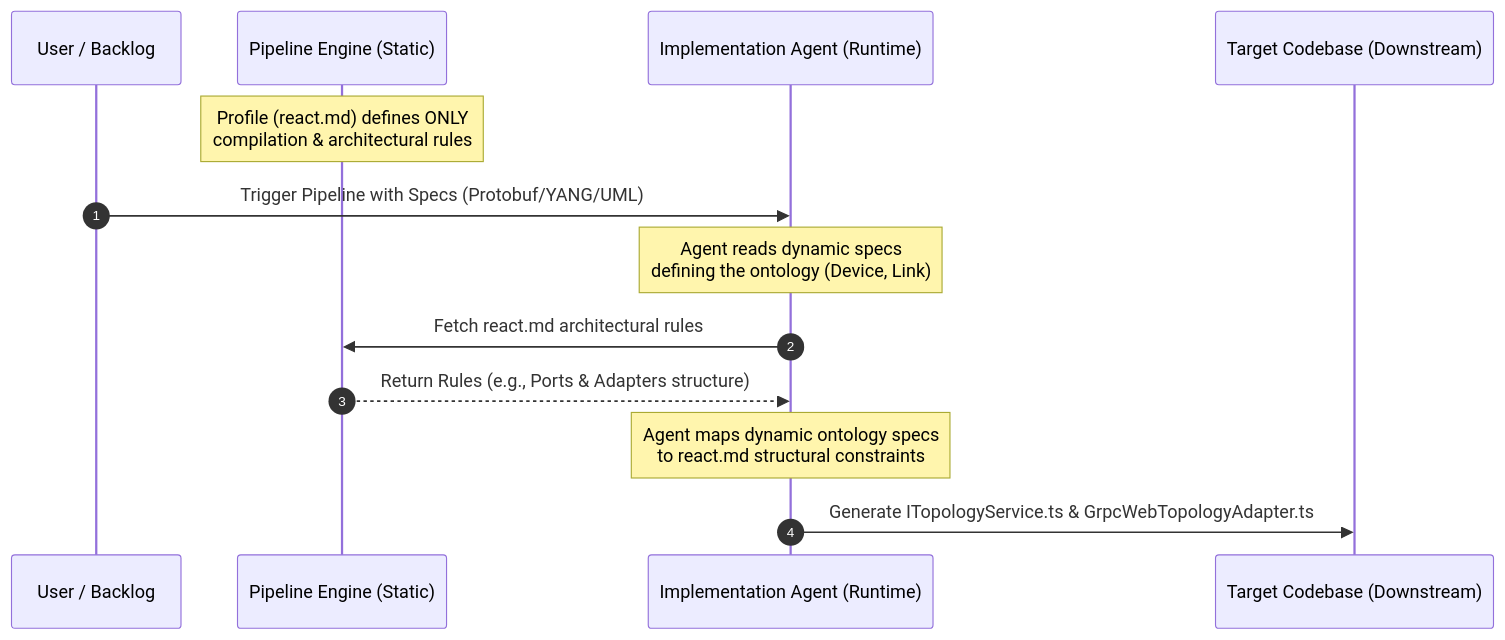
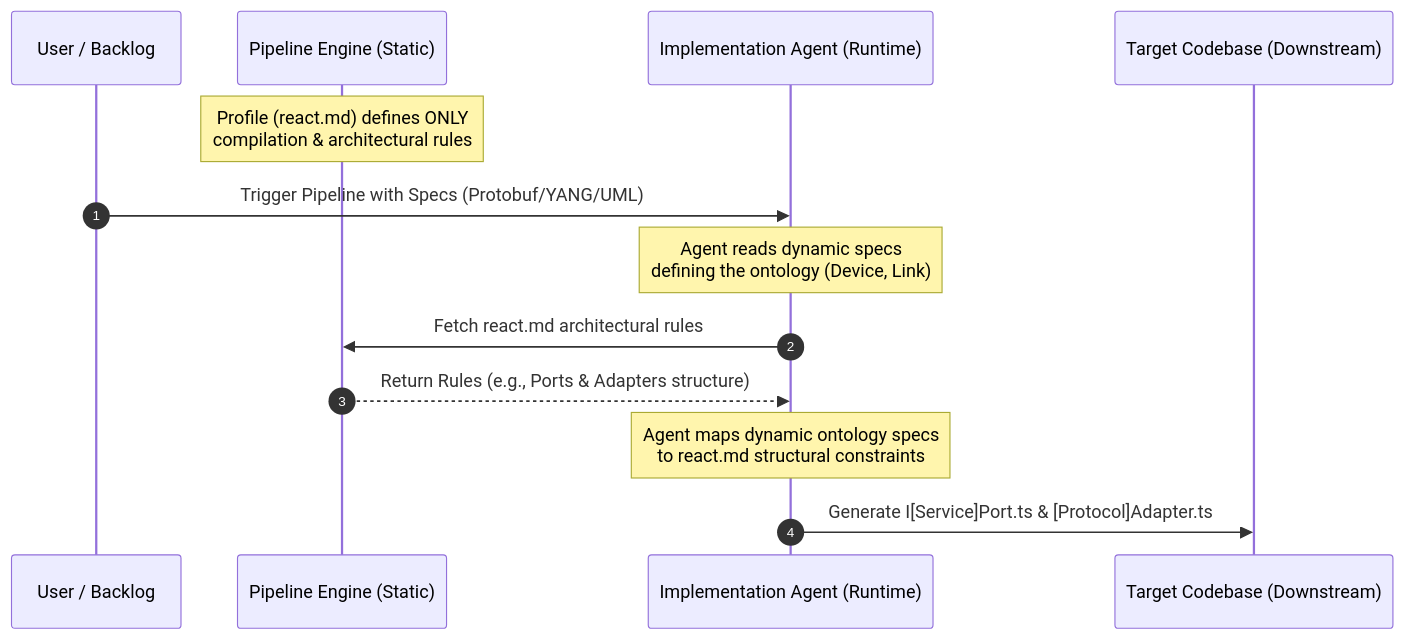
Before and after one commit to gintatkinson/digital-pipeline-repo: the diagram in docs/decisions/ontology_specification_root_cause_analysis.md, drawn with Mermaid. The commit also changed other lines of this file, not shown here.

````diff
--- a/docs/decisions/ontology_specification_root_cause_analysis.md
+++ b/docs/decisions/ontology_specification_root_cause_analysis.md
@@ -63,16 +63,16 @@
 ```mermaid
 sequenceDiagram
     autonumber
     participant U as User / Backlog
     participant P as Pipeline Engine (Static)
     participant A as Implementation Agent (Runtime)
     participant C as Target Codebase (Downstream)
 
     Note over P: Profile (react.md) defines ONLY<br/>compilation & architectural rules
     U->>A: Trigger Pipeline with Specs (Protobuf/YANG/UML)
     Note over A: Agent reads dynamic specs<br/>defining the ontology (Device, Link)
     A->>P: Fetch react.md architectural rules
     P-->>A: Return Rules (e.g., Ports & Adapters structure)
     Note over A: Agent maps dynamic ontology specs<br/>to react.md structural constraints
-    A->>C: Generate ITopologyService.ts & GrpcWebTopologyAdapter.ts
+    A->>C: Generate I[Service]Port.ts & [Protocol]Adapter.ts
 ```
````
